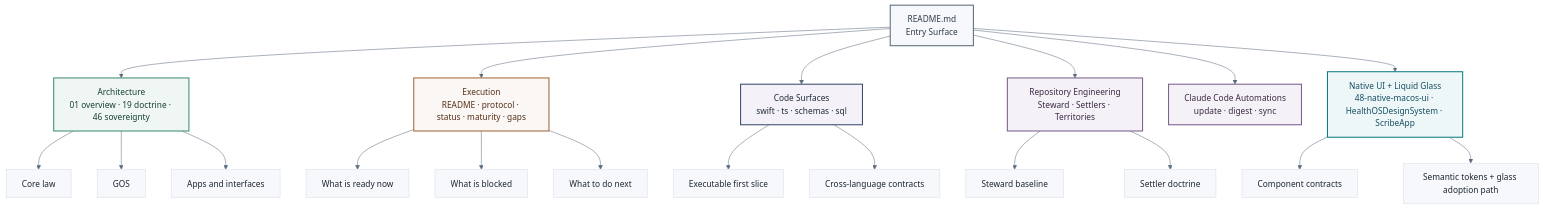
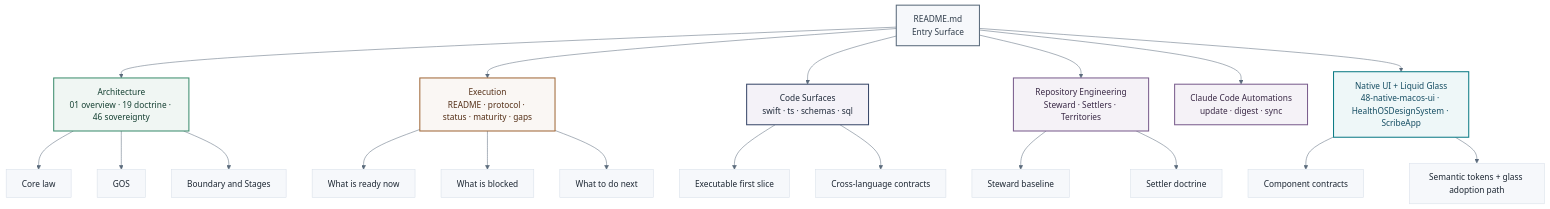
The eighth of 12 diagrams in README.md (myselfgus/HealthOScaffold), drawn with Mermaid before and after one commit. The commit also changed other lines of this file and 75 other files, not shown here.

````diff
--- a/README.md
+++ b/README.md
@@ -586,34 +604,34 @@
 ```mermaid
 %%{init: {'theme': 'base', 'themeVariables': {'primaryColor': '#F6F8FB', 'primaryBorderColor': '#D6DEE8', 'primaryTextColor': '#1D2733', 'clusterBkg': '#FFFFFF', 'clusterBorder': '#D6DEE8', 'titleColor': '#1D2733', 'lineColor': '#5B6B7C', 'edgeLabelBackground': '#F6F8FB', 'fontFamily': 'ui-rounded, -apple-system, BlinkMacSystemFont, sans-serif'}}}%%
 flowchart TD
     classDef entry   fill:#F6F8FB,stroke:#5B6B7C,stroke-width:2px,color:#2F3C4A
     classDef arch    fill:#F0F6F3,stroke:#3E8E6F,stroke-width:2px,color:#174234
     classDef exec    fill:#FAF7F4,stroke:#A1693A,stroke-width:2px,color:#553018
     classDef code    fill:#F4F2F8,stroke:#3B4A6B,stroke-width:2px,color:#202A3A
     classDef steward fill:#F5F2F7,stroke:#7B5E8E,stroke-width:2px,color:#3A2946
     classDef ui      fill:#EEF7F8,stroke:#0E7C86,stroke-width:2px,color:#164E63
 
     R[README.md\nEntry Surface]:::entry
 
     A1[Architecture\n01 overview · 19 doctrine · 46 sovereignty]:::arch
     A2[Execution\nREADME · protocol · status · maturity · gaps]:::exec
     A3[Code Surfaces\nswift · ts · schemas · sql]:::code
     A4[Repository Engineering\nSteward · Settlers · Territories]:::steward
     A5[Claude Code Automations\nupdate · digest · sync]:::steward
     A6[Native UI + Liquid Glass\n48-native-macos-ui · HealthOSDesignSystem · ScribeApp]:::ui
 
     R --> A1 & A2 & A3 & A4 & A5 & A6
 
     A1 --> A11[Core law]
     A1 --> A12[GOS]
-    A1 --> A13[Apps and interfaces]
+    A1 --> A13[Boundary and Stages]
     A2 --> A21[What is ready now]
     A2 --> A22[What is blocked]
     A2 --> A23[What to do next]
     A3 --> A31[Executable first slice]
     A3 --> A32[Cross-language contracts]
     A4 --> A41[Steward baseline]
     A4 --> A42[Settler doctrine]
     A6 --> A61[Component contracts]
     A6 --> A62[Semantic tokens + glass adoption path]
 ```
````
